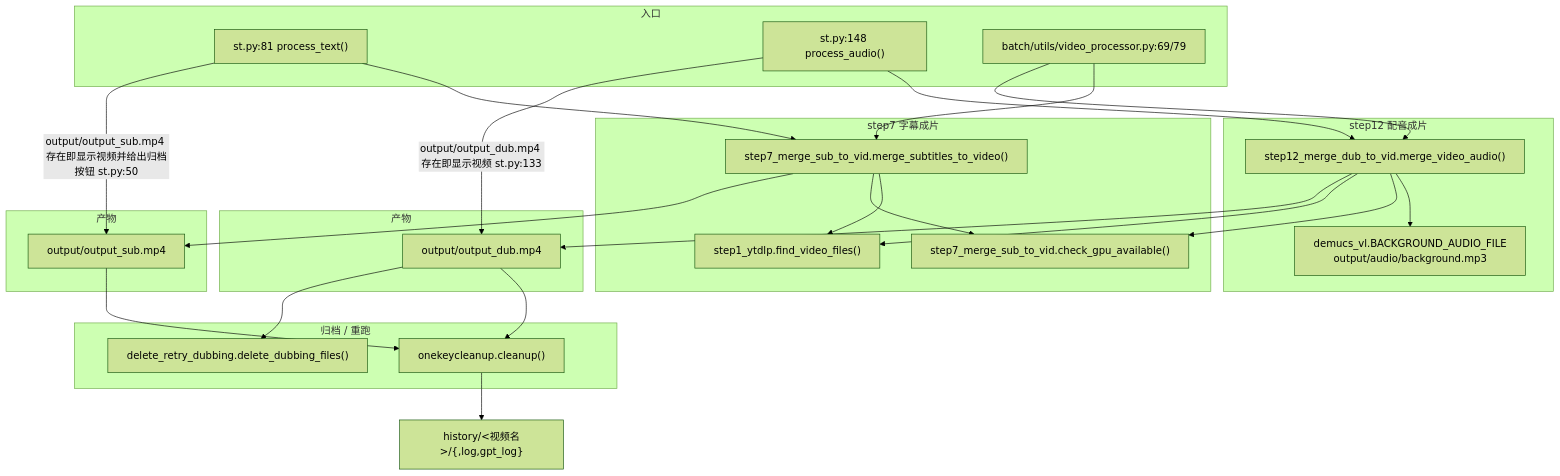
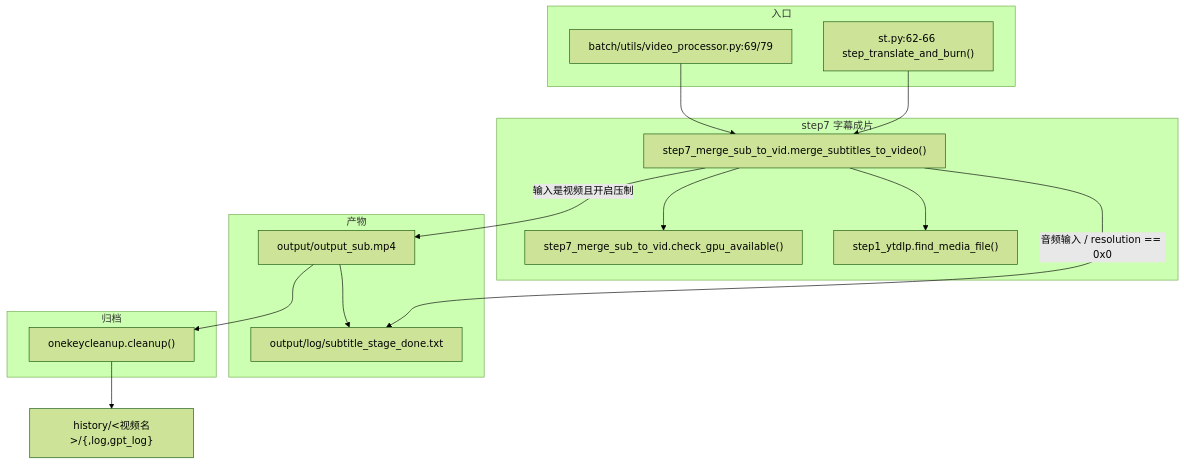
One commit to Brzjomo/VideoLingoMove changed the diagram in devdocs/02-pipeline/06-字幕压制与成片.md. Above: the diagram before and after it, drawn with Mermaid (forest theme). The commit also changed other lines of this file and 30 other files, not shown here.

````diff
--- a/devdocs/02-pipeline/06-字幕压制与成片.md
+++ b/devdocs/02-pipeline/06-字幕压制与成片.md
@@ -48,50 +52,32 @@
 ```mermaid
 flowchart TD
     subgraph UI["入口"]
-        ST["st.py:81 process_text()"]
-        ST2["st.py:148 process_audio()"]
+        ST["st.py:62-66 step_translate_and_burn()"]
         BP["batch/utils/video_processor.py:69/79"]
     end
 
     subgraph P1["step7 字幕成片"]
         S7["step7_merge_sub_to_vid.merge_subtitles_to_video()"]
         GPU["step7_merge_sub_to_vid.check_gpu_available()"]
-        FVF["step1_ytdlp.find_video_files()"]
-        S7 --> FVF
+        FMF["step1_ytdlp.find_media_file()"]
+        S7 --> FMF
         S7 --> GPU
     end
 
     subgraph OUT1["产物"]
         OSUB["output/output_sub.mp4"]
+        MARK["output/log/subtitle_stage_done.txt"]
     end
 
-    subgraph P2["step12 配音成片"]
-        S12["step12_merge_dub_to_vid.merge_video_audio()"]
-        BG["demucs_vl.BACKGROUND_AUDIO_FILE<br/>output/audio/background.mp3"]
-        S12 --> BG
-        S12 --> GPU
-        S12 --> FVF
-    end
-
-    subgraph OUT2["产物"]
-        ODUB["output/output_dub.mp4"]
-    end
-
-    subgraph AUX["归档 / 重跑"]
+    subgraph AUX["归档"]
         CL["onekeycleanup.cleanup()"]
-        DL["delete_retry_dubbing.delete_dubbing_files()"]
     end
 
     ST --> S7
-    ST2 --> S12
     BP --> S7
-    BP --> S12
-    S7 --> OSUB
-    S12 --> ODUB
-    ST -->|"output/output_sub.mp4 存在即显示视频并给出归档按钮 st.py:50"| OSUB
-    ST2 -->|"output/output_dub.mp4 存在即显示视频 st.py:133"| ODUB
+    S7 -->|"输入是视频且开启压制"| OSUB
+    S7 -->|"音频输入 / resolution == 0x0"| MARK
+    OSUB --> MARK
     OSUB --> CL
-    ODUB --> CL
-    ODUB --> DL
     CL --> HIST["history/<视频名>/{,log,gpt_log}"]
 ```
````
